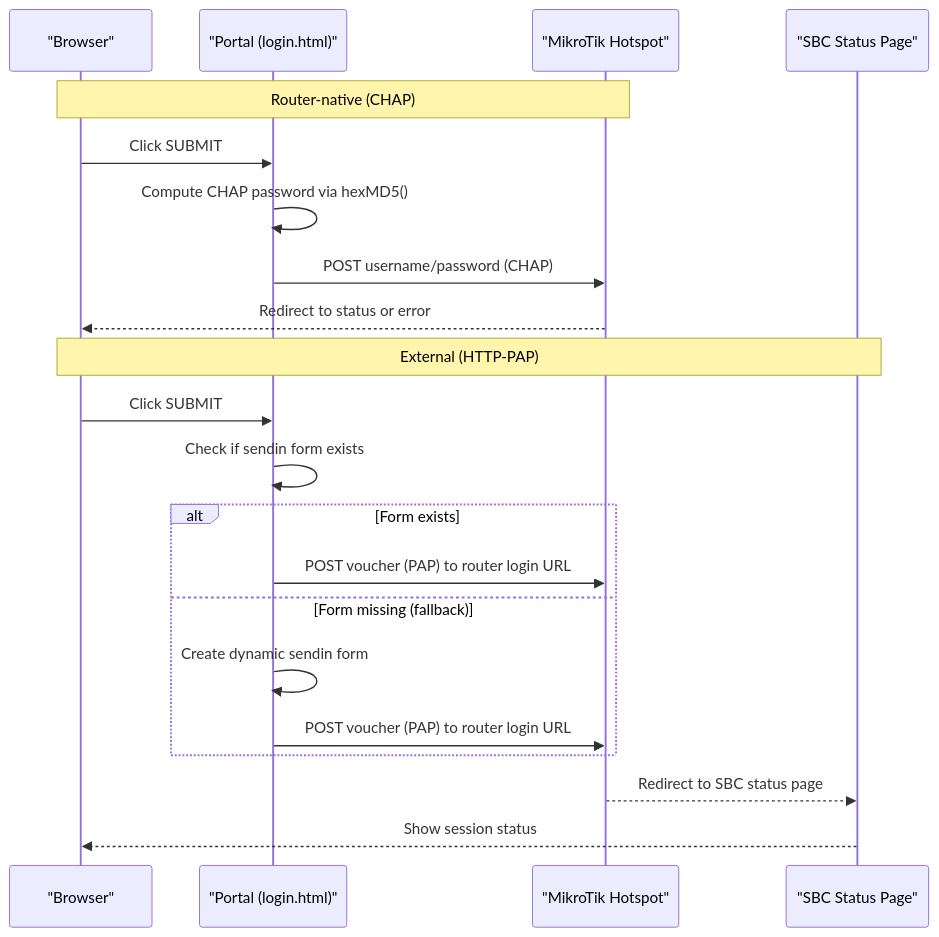
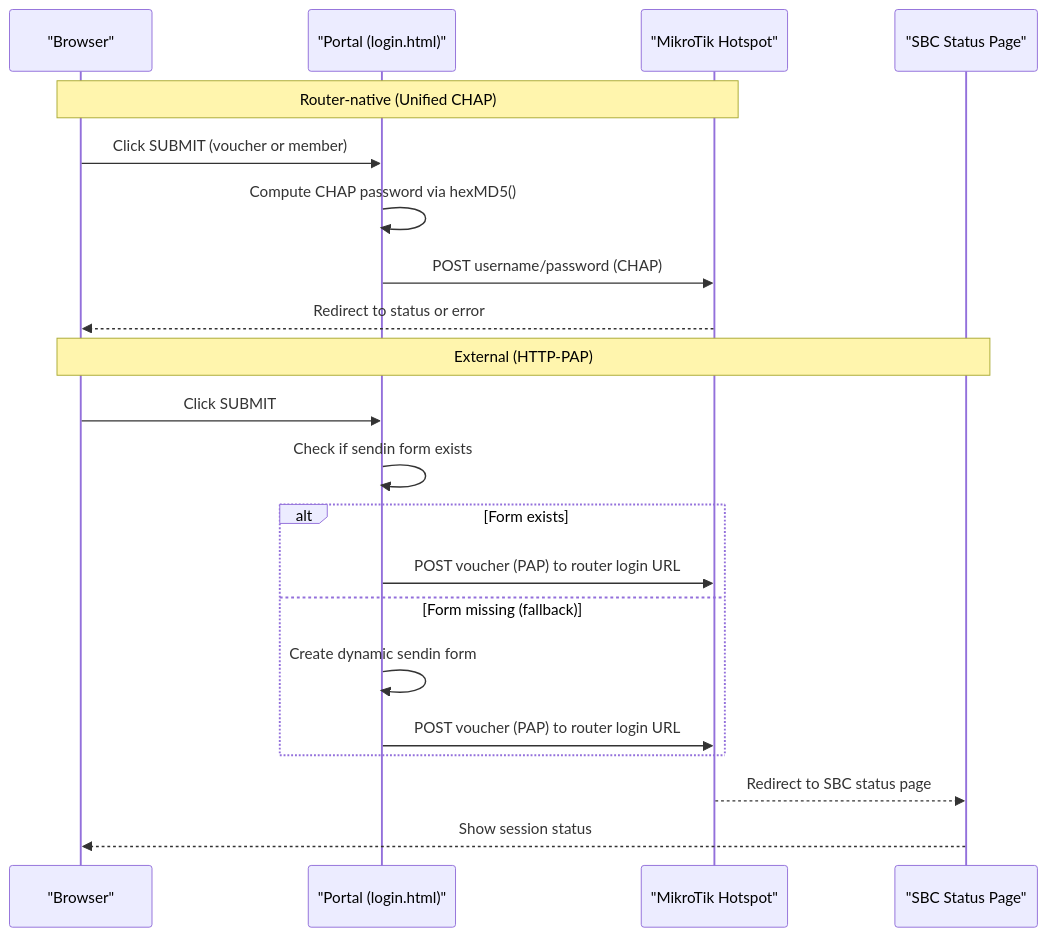
Before and after one commit to Djnirds1984/MT-CONTROLLER-PISOWIFI: the second of 14 diagrams in .qoder/repowiki/en/content/Captive Portal Interface/Login Interface & Voucher Entry.md, drawn with Mermaid. The commit also changed other lines of this file and 14 other files, not shown here.

````diff
--- a/.qoder/repowiki/en/content/Captive Portal Interface/Login Interface & Voucher Entry.md
+++ b/.qoder/repowiki/en/content/Captive Portal Interface/Login Interface & Voucher Entry.md
@@ -114,23 +113,23 @@
 ```mermaid
 sequenceDiagram
 participant B as "Browser"
 participant L as "Portal (login.html)"
 participant R as "MikroTik Hotspot"
 participant S as "SBC Status Page"
-Note over B,R : Router-native (CHAP)
-B->>L : Click SUBMIT
+Note over B,R : Router-native (Unified CHAP)
+B->>L : Click SUBMIT (voucher or member)
 L->>L : Compute CHAP password via hexMD5()
 L->>R : POST username/password (CHAP)
 R-->>B : Redirect to status or error
 Note over B,S : External (HTTP-PAP)
 B->>L : Click SUBMIT
 L->>L : Check if sendin form exists
 alt Form exists
 L->>R : POST voucher (PAP) to router login URL
 else Form missing (fallback)
 L->>L : Create dynamic sendin form
 L->>R : POST voucher (PAP) to router login URL
 end
 R-->>S : Redirect to SBC status page
 S-->>B : Show session status
 ```
````
